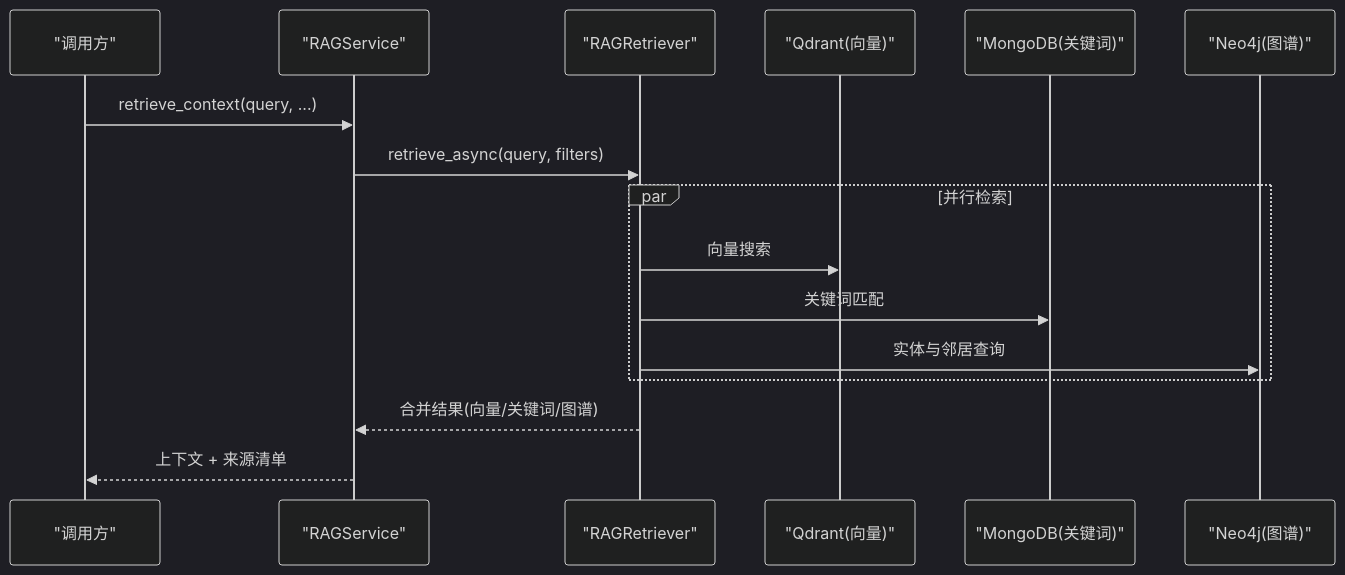
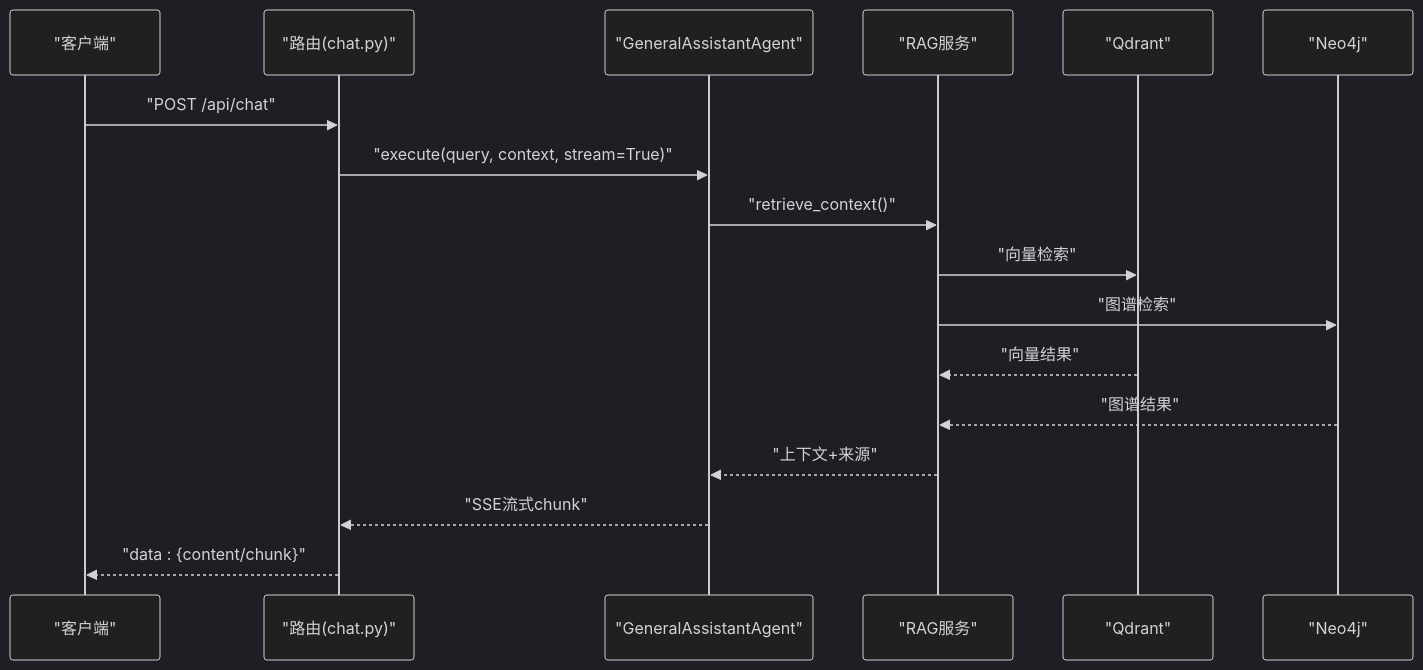
Before and after one commit to iammm0/advanced-rag: the third of 7 diagrams in .qoder/repowiki/zh/content/项目概述/项目概述.md, drawn with Mermaid (dark theme). The commit also changed other lines of this file and 233 other files, not shown here.

````diff
--- a/.qoder/repowiki/zh/content/项目概述/项目概述.md
+++ b/.qoder/repowiki/zh/content/项目概述/项目概述.md
@@ -148,18 +150,19 @@
 ```mermaid
 sequenceDiagram
-participant C as "调用方"
-participant S as "RAGService"
-participant R as "RAGRetriever"
-participant V as "Qdrant(向量)"
-participant K as "MongoDB(关键词)"
-participant G as "Neo4j(图谱)"
-C->>S : retrieve_context(query, ...)
-S->>R : retrieve_async(query, filters)
-par 并行检索
-R->>V : 向量搜索
-R->>K : 关键词匹配
-R->>G : 实体与邻居查询
-end
-R-->>S : 合并结果(向量/关键词/图谱)
-S-->>C : 上下文 + 来源清单
+participant C as "客户端"
+participant R as "路由(chat.py)"
+participant A as "GeneralAssistantAgent"
+participant S as "RAG服务"
+participant Q as "Qdrant"
+participant N as "Neo4j"
+C->>R : "POST /api/chat"
+R->>A : "execute(query, context, stream=True)"
+A->>S : "retrieve_context()"
+S->>Q : "向量检索"
+S->>N : "图谱检索"
+Q-->>S : "向量结果"
+N-->>S : "图谱结果"
+S-->>A : "上下文+来源"
+A-->>R : "SSE流式chunk"
+R-->>C : "data : {content/chunk}"
 ```
````
